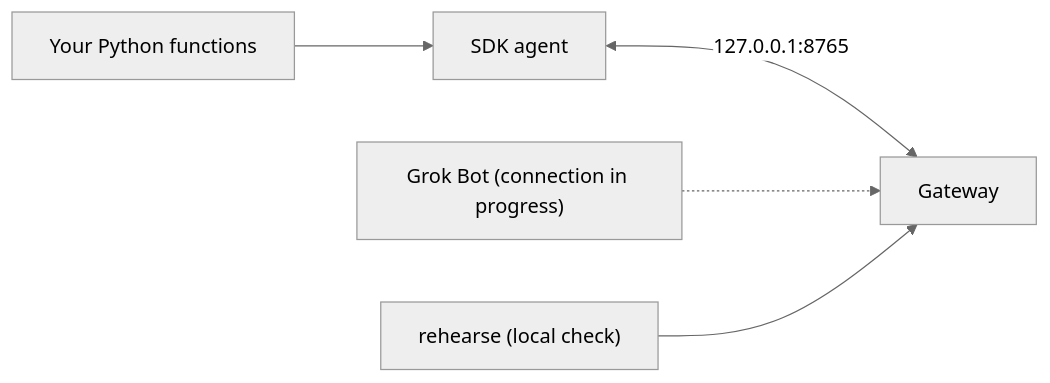
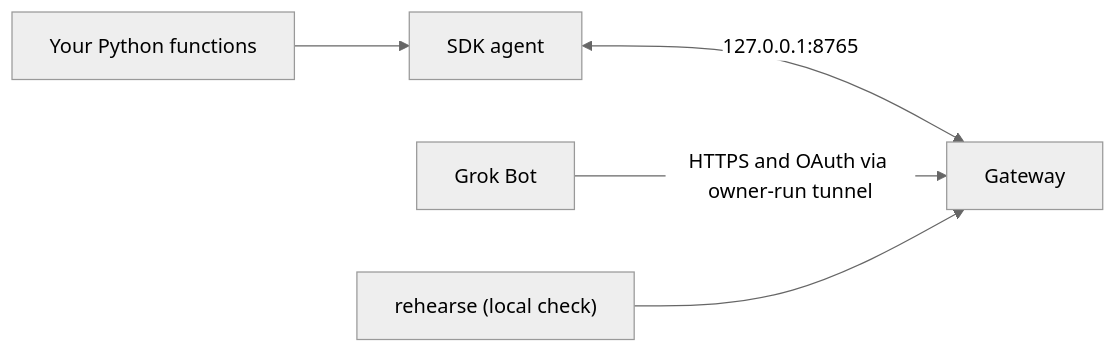
The diagram in README.md (adidshaft/grok-gadgets-linux-sdk), drawn with Mermaid (neutral theme) before and after one commit. The commit also changed other lines of this file and 1 other file, not shown here.

````diff
--- a/README.md
+++ b/README.md
@@ -65,7 +74,7 @@
 ```mermaid
 flowchart LR
     A["Your Python functions"] --> S["SDK agent"]
     S <-->|"127.0.0.1:8765"| G["Gateway"]
-    B["Grok Bot (connection in progress)"] -.-> G
+    B["Grok Bot"] -->|"HTTPS and OAuth via owner-run tunnel"| G
     R["rehearse (local check)"] --> G
 ```
````
